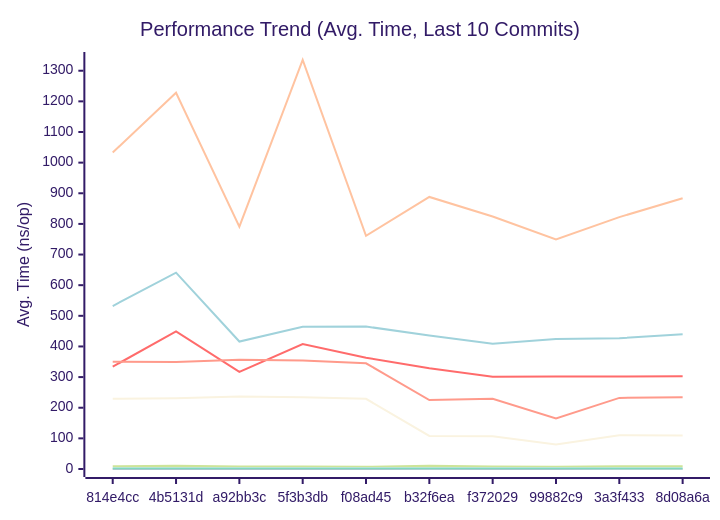
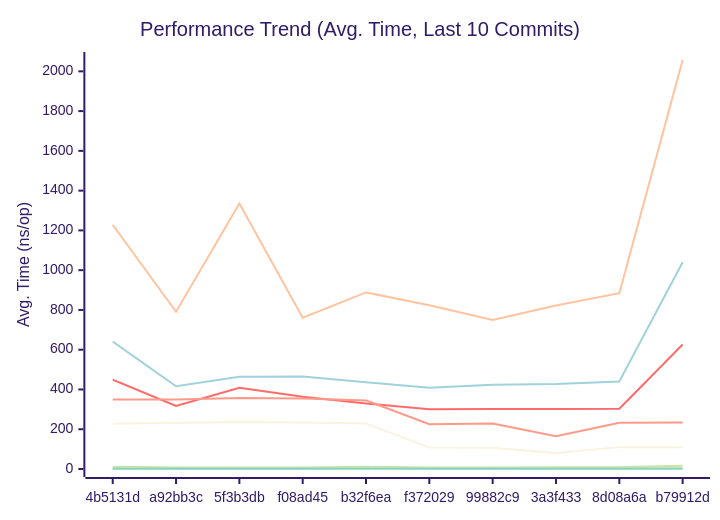
One commit to alsotoes/momo changed the first of 3 diagrams in docs/PERFORMANCE.md. Above: the diagram before and after it, drawn with Mermaid (forest theme). The commit also changed other lines of this file and 2 other files, not shown here.

````diff
--- a/docs/PERFORMANCE.md
+++ b/docs/PERFORMANCE.md
@@ -80,16 +80,16 @@
 ```mermaid
 xychart-beta
     title "Performance Trend (Avg. Time, Last 10 Commits)"
     x-axis "Commit"
     y-axis "Avg. Time (ns/op)"
-    x-axis [814e4cc,4b5131d,a92bb3c,5f3b3db,f08ad45,b32f6ea,f372029,99882c9,3a3f433,8d08a6a]
-    line "CheckMetricsAndSwap" [9,11,8,8,7,11,8,7,9,9]
-    line "CrushOptimized" [334,449,317,408,363,329,301,302,302,303]
-    line "CrushOriginal" [532,641,416,464,465,436,409,424,427,440]
-    line "IndexDirectTracking" [0,0,0,0,0,1,0,0,0,0]
-    line "IndexSearch" [3,3,3,3,3,3,3,3,2,2]
-    line "LoadGlobalConfig" [1033,1228,791,1335,761,888,824,749,822,884]
-    line "PadString" [2,2,2,2,2,2,2,2,2,2]
+    x-axis [4b5131d,a92bb3c,5f3b3db,f08ad45,b32f6ea,f372029,99882c9,3a3f433,8d08a6a,b79912d]
+    line "CheckMetricsAndSwap" [11,8,8,7,11,8,7,9,9,16]
+    line "CrushOptimized" [449,317,408,363,329,301,302,302,303,626]
+    line "CrushOriginal" [641,416,464,465,436,409,424,427,440,1040]
+    line "IndexDirectTracking" [0,0,0,0,1,0,0,0,0,1]
+    line "IndexSearch" [3,3,3,3,3,3,3,2,2,3]
+    line "LoadGlobalConfig" [1228,791,1335,761,888,824,749,822,884,2057]
+    line "PadString" [2,2,2,2,2,2,2,2,2,3]
     line "ParseReplicationOrder_NoPrealloc" [350,349,357,354,345,225,229,165,232,234]
     line "ParseReplicationOrder_Prealloc" [229,231,237,234,229,108,107,80,110,109]
 ```
````
